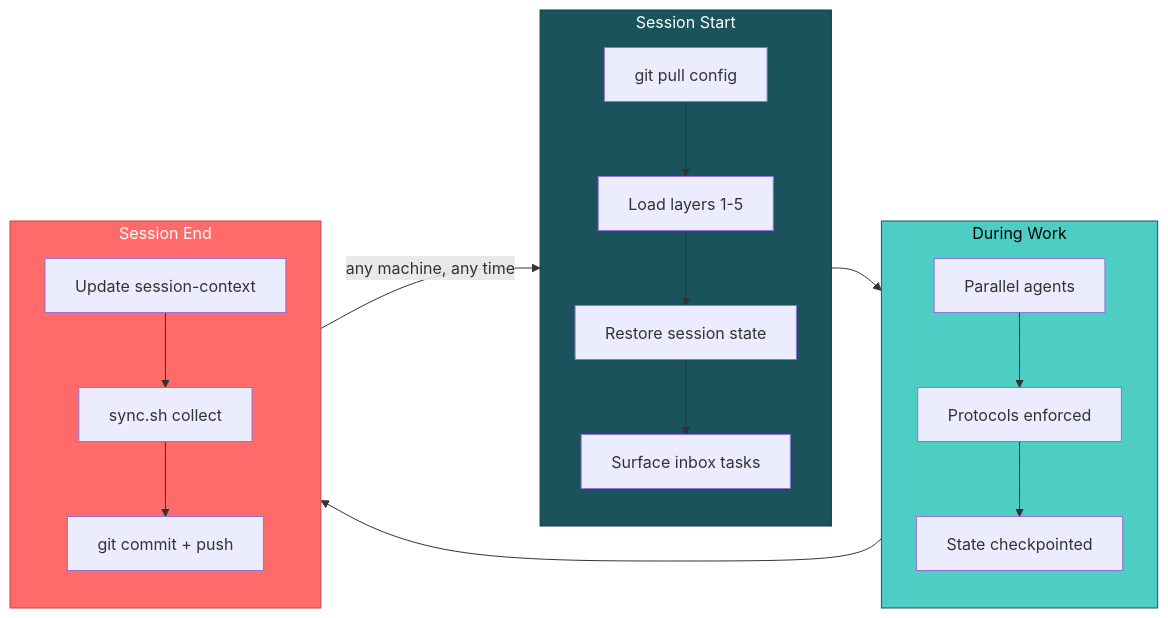
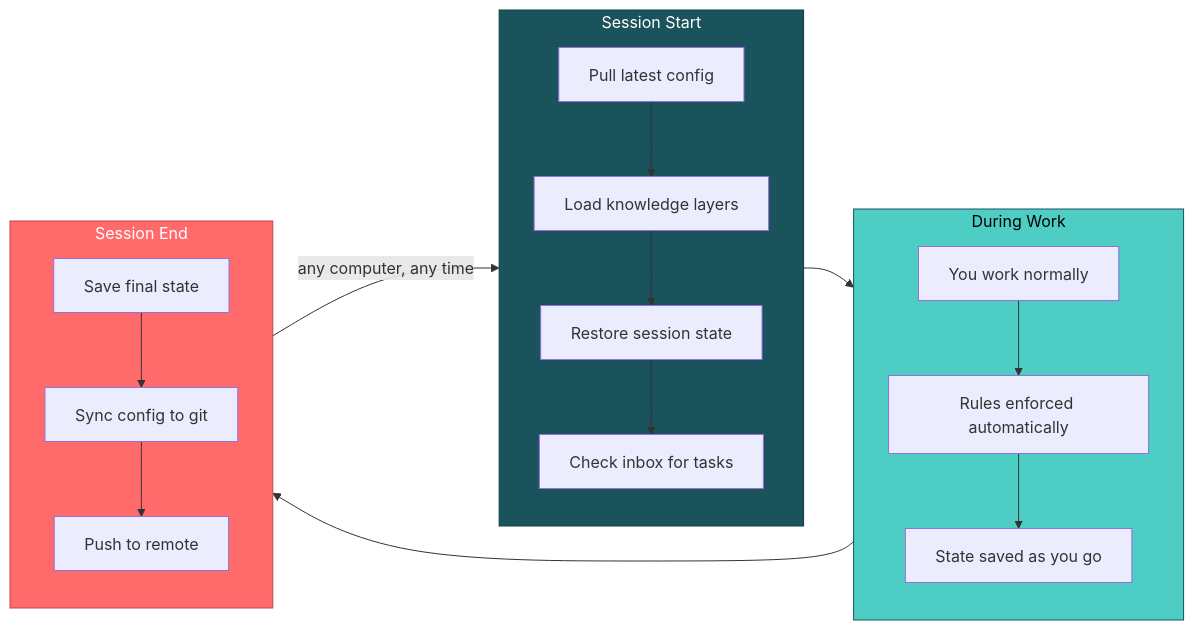
The second of 3 diagrams in README.md (JeltzProstetnic/agent-fleet), drawn with Mermaid before and after one commit. The commit also changed other lines of this file and 5 other files, not shown here.

````diff
--- a/README.md
+++ b/README.md
@@ -80,25 +102,25 @@
 ```mermaid
 graph LR
     subgraph START ["Session Start"]
-        S1[git pull config] --> S2[Load layers 1-5]
+        S1[Pull latest config] --> S2[Load knowledge layers]
         S2 --> S3[Restore session state]
-        S3 --> S4[Surface inbox tasks]
+        S3 --> S4[Check inbox for tasks]
     end
 
     subgraph WORK ["During Work"]
-        W1[Parallel agents] --> W2[Protocols enforced]
-        W2 --> W3[State checkpointed]
+        W1[You work normally] --> W2[Rules enforced automatically]
+        W2 --> W3[State saved as you go]
     end
 
     subgraph STOP ["Session End"]
-        E1[Update session-context] --> E2[sync.sh collect]
-        E2 --> E3[git commit + push]
+        E1[Save final state] --> E2[Sync config to git]
+        E2 --> E3[Push to remote]
     end
 
     START --> WORK --> STOP
-    STOP -- "any machine, any time" --> START
+    STOP -- "any computer, any time" --> START
 
     style START fill:#1a535c,stroke:#0b3d45,color:#fff
     style WORK fill:#4ecdc4,stroke:#1a535c,color:#000
     style STOP fill:#ff6b6b,stroke:#c94040,color:#fff
 ```
````
